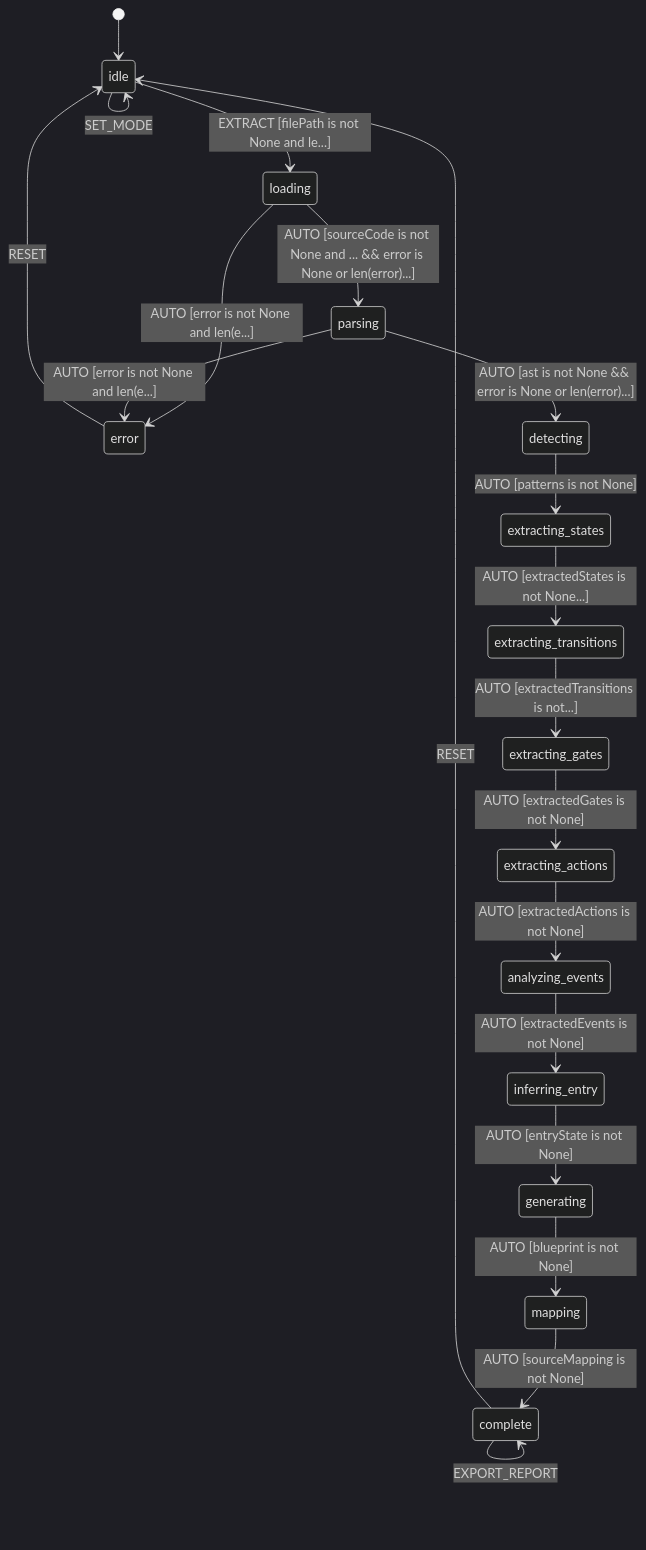
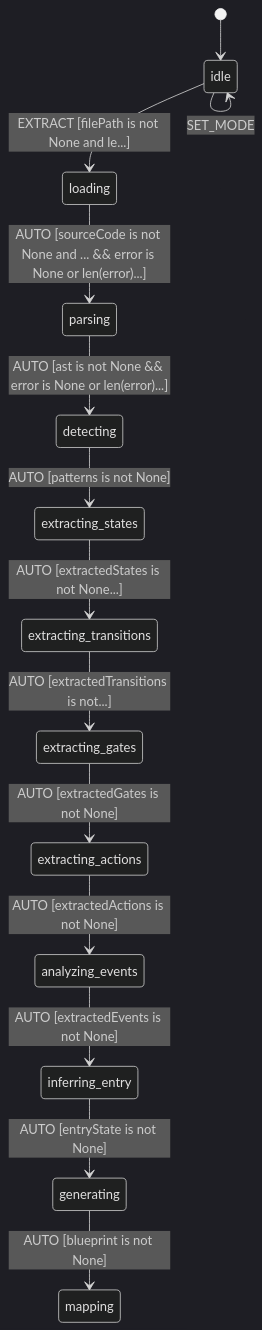
Before and after one commit to rhCat/lpp: the diagram in utils/legacy_extractor/README.md, drawn with Mermaid (dark theme). The commit also changed 253 other files, not shown here.

````diff
--- a/utils/legacy_extractor/README.md
+++ b/utils/legacy_extractor/README.md
@@ -14,24 +14,17 @@
 ```mermaid
 stateDiagram-v2
     %% L++ State Diagram: Legacy Code State Machine Extractor
     [*] --> idle
     idle --> idle : SET_MODE
     idle --> loading : EXTRACT [filePath is not None and le...]
-    loading --> error : AUTO [error is not None and len(e...]
     loading --> parsing : AUTO [sourceCode is not None and ... && error is None or len(error)...]
-    parsing --> error : AUTO [error is not None and len(e...]
     parsing --> detecting : AUTO [ast is not None && error is None or len(error)...]
     detecting --> extracting_states : AUTO [patterns is not None]
     extracting_states --> extracting_transitions : AUTO [extractedStates is not None...]
     extracting_transitions --> extracting_gates : AUTO [extractedTransitions is not...]
     extracting_gates --> extracting_actions : AUTO [extractedGates is not None]
     extracting_actions --> analyzing_events : AUTO [extractedActions is not None]
     analyzing_events --> inferring_entry : AUTO [extractedEvents is not None]
     inferring_entry --> generating : AUTO [entryState is not None]
     generating --> mapping : AUTO [blueprint is not None]
-    mapping --> complete : AUTO [sourceMapping is not None]
-    complete --> complete : EXPORT_BLUEPRINT [blueprint is not None]
-    complete --> complete : EXPORT_REPORT
-    complete --> idle : RESET
-    error --> idle : RESET
 ```
````
